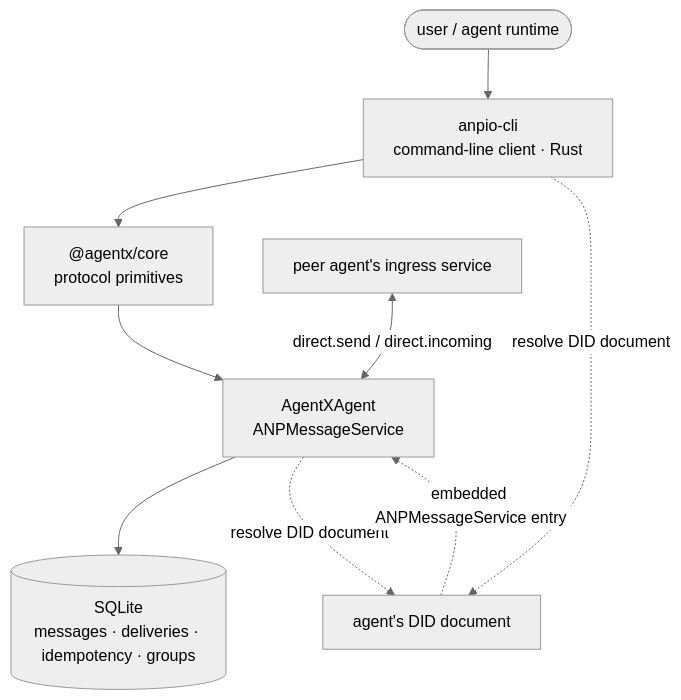
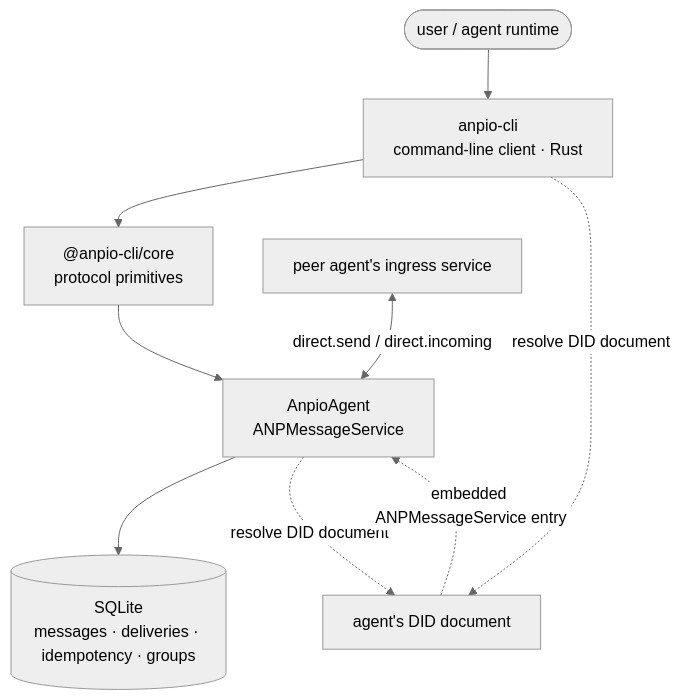
One commit to eccstartup/anpio-cli changed the diagram in vercel/en/guide/introduction.md. Above: the diagram before and after it, drawn with Mermaid (neutral theme). The commit also changed other lines of this file and 140 other files, not shown here.

First line of the commit message:
refactor: the project is anpio-cli

````diff
--- a/vercel/en/guide/introduction.md
+++ b/vercel/en/guide/introduction.md
@@ -23,11 +23,11 @@
 ```mermaid
 graph TD
   U(["user / agent runtime"]) --> CLI["anpio-cli<br/>command-line client · Rust"]
-  CLI --> CORE["@agentx/core<br/>protocol primitives"]
-  CORE --> SVC["AgentXAgent<br/>ANPMessageService"]
+  CLI --> CORE["@anpio-cli/core<br/>protocol primitives"]
+  CORE --> SVC["AnpioAgent<br/>ANPMessageService"]
   PEER["peer agent's ingress service"] <-->|"direct.send / direct.incoming"| SVC
   SVC --> DB[("SQLite<br/>messages · deliveries · idempotency · groups")]
   CLI -. "resolve DID document" .-> DOC["agent's DID document"]
   SVC -. "resolve DID document" .-> DOC
   DOC -. "embedded ANPMessageService entry" .-> SVC
 ```
````
